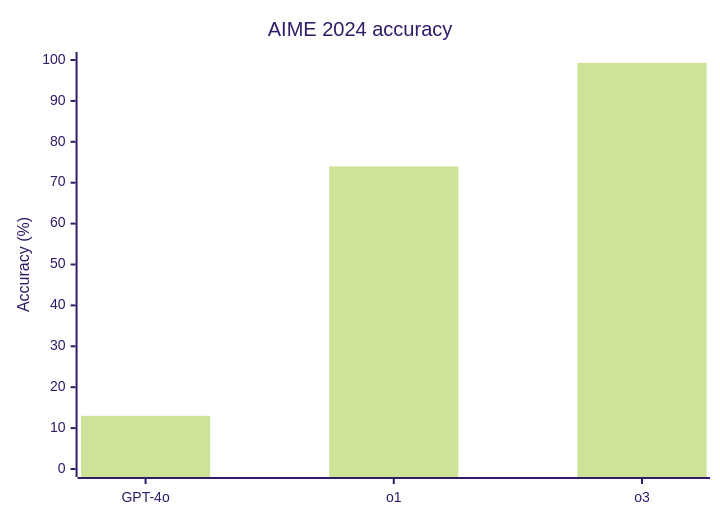
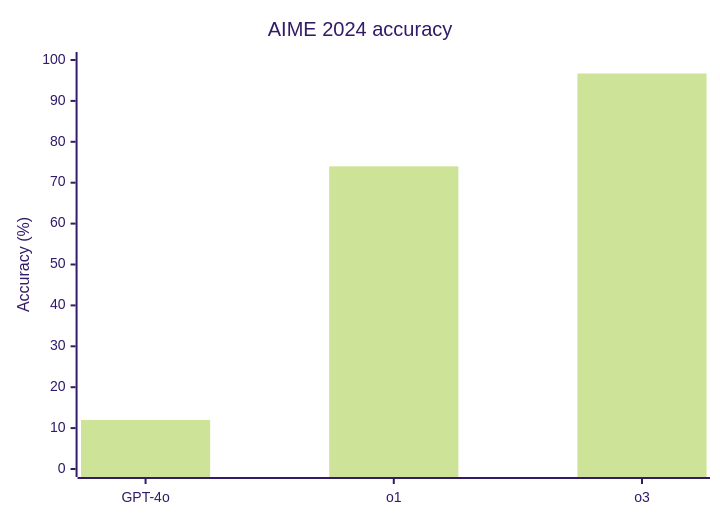
The first of 3 diagrams in src/main/java/com/rutik/systemdesign/llm/reasoning_models/README.md (rppol/system-design), drawn with Mermaid (forest theme) before and after one commit. The commit also changed other lines of this file and 113 other files, not shown here.

````diff
--- a/src/main/java/com/rutik/systemdesign/llm/reasoning_models/README.md
+++ b/src/main/java/com/rutik/systemdesign/llm/reasoning_models/README.md
@@ -62,7 +62,7 @@
 ```mermaid
 xychart-beta
     title "AIME 2024 accuracy"
     x-axis ["GPT-4o", "o1", "o3"]
     y-axis "Accuracy (%)" 0 --> 100
-    bar [13, 74, 99.3]
+    bar [12, 74, 96.7]
 ```
````
